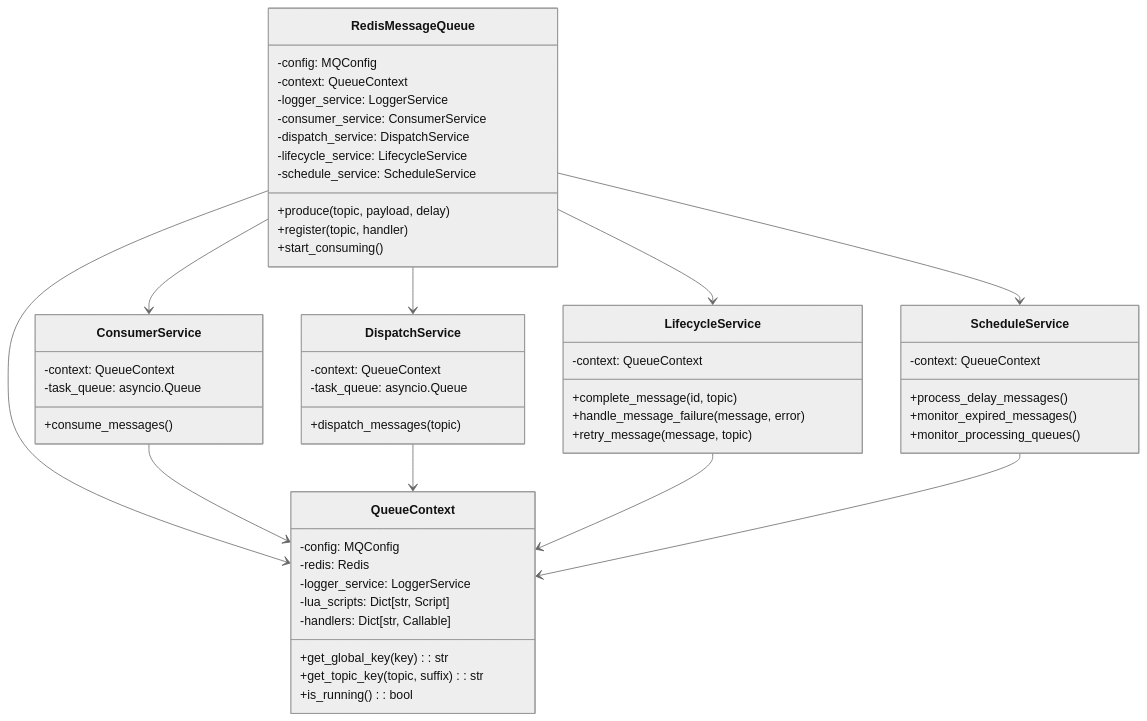
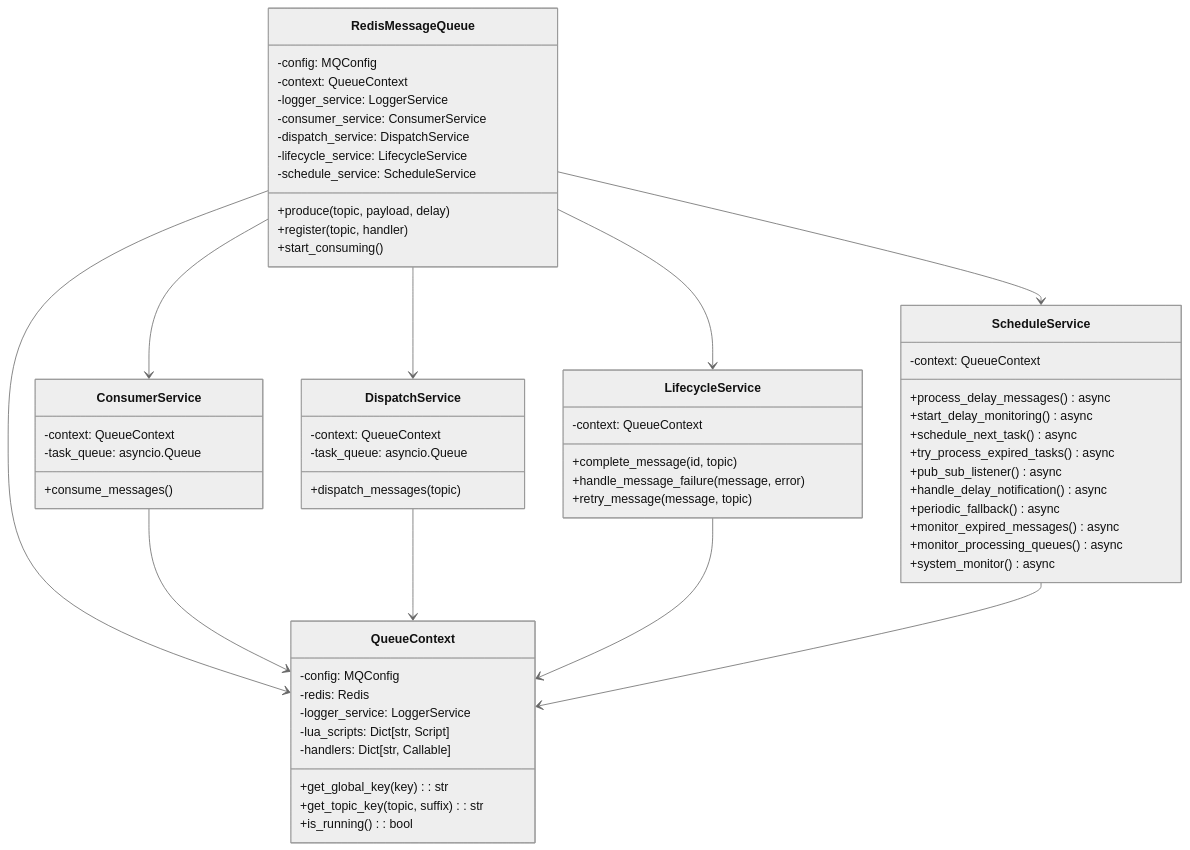
The second of 21 diagrams in docs/设计文档.md (CodingOX/mx-rmq), drawn with Mermaid (neutral theme) before and after one commit. The commit also changed other lines of this file and 25 other files, not shown here.

````diff
--- a/docs/设计文档.md
+++ b/docs/设计文档.md
@@ -112,63 +112,71 @@
 ```mermaid
 classDiagram
     class RedisMessageQueue {
         -config: MQConfig
         -context: QueueContext
         -logger_service: LoggerService
         -consumer_service: ConsumerService
         -dispatch_service: DispatchService
         -lifecycle_service: LifecycleService
         -schedule_service: ScheduleService
         +produce(topic, payload, delay)
         +register(topic, handler)
         +start_consuming()
     }
     
     class QueueContext {
         -config: MQConfig
         -redis: Redis
         -logger_service: LoggerService
         -lua_scripts: Dict[str, Script]
         -handlers: Dict[str, Callable]
         +get_global_key(key): str
         +get_topic_key(topic, suffix): str
         +is_running(): bool
     }
     
     class ConsumerService {
         -context: QueueContext
         -task_queue: asyncio.Queue
         +consume_messages()
     }
     
     class DispatchService {
         -context: QueueContext
         -task_queue: asyncio.Queue
         +dispatch_messages(topic)
     }
     
     class LifecycleService {
         -context: QueueContext
         +complete_message(id, topic)
         +handle_message_failure(message, error)
         +retry_message(message, topic)
     }
     
     class ScheduleService {
         -context: QueueContext
-        +process_delay_messages()
-        +monitor_expired_messages()
-        +monitor_processing_queues()
+        +process_delay_messages() async
+        +start_delay_monitoring() async
+   
+        +schedule_next_task() async
+        +try_process_expired_tasks() async
+        +pub_sub_listener() async
+        +handle_delay_notification() async
+        +periodic_fallback() async
+        +monitor_expired_messages() async
+        +monitor_processing_queues() async
+        +system_monitor() async
     }
     
     RedisMessageQueue --> QueueContext
     RedisMessageQueue --> ConsumerService
     RedisMessageQueue --> DispatchService
     RedisMessageQueue --> LifecycleService
     RedisMessageQueue --> ScheduleService
     
     ConsumerService --> QueueContext
     DispatchService --> QueueContext
     LifecycleService --> QueueContext
     ScheduleService --> QueueContext
 ```
````
